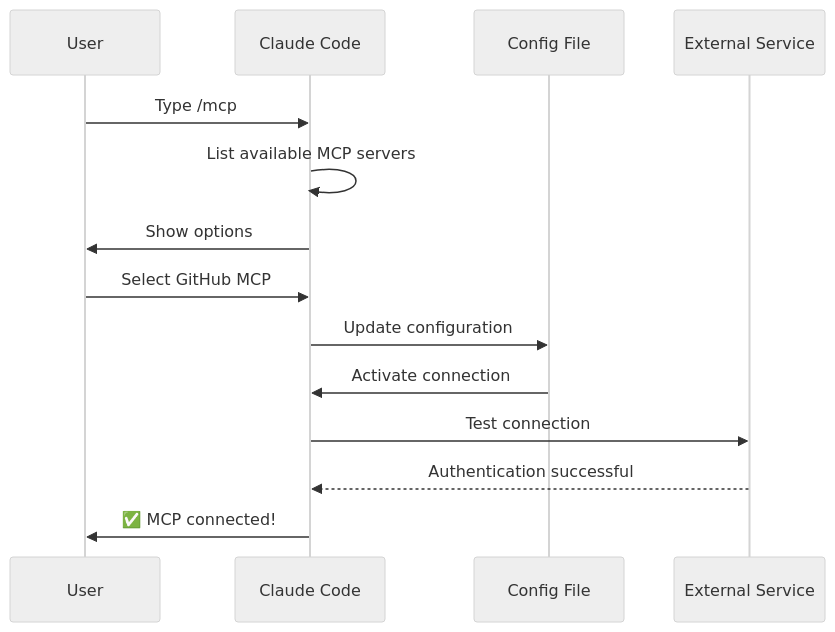
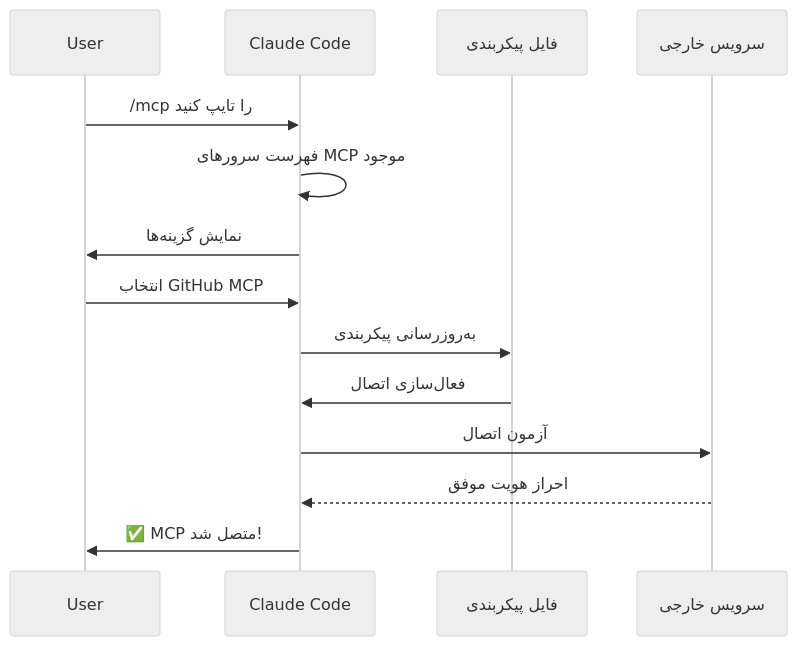
The third of 7 diagrams in fa/05-mcp/README.md (hassanbht/claude-howto), drawn with Mermaid (neutral theme) before and after one commit. The commit also changed other lines of this file and 53 other files, not shown here.

````diff
--- a/fa/05-mcp/README.md
+++ b/fa/05-mcp/README.md
@@ -237,17 +237,17 @@
 ```mermaid
 sequenceDiagram
     participant User
     participant Claude as Claude Code
-    participant Config as Config File
-    participant Service as External Service
+    participant Config as فایل پیکربندی
+    participant Service as سرویس خارجی
 
-    User->>Claude: Type /mcp
-    Claude->>Claude: List available MCP servers
-    Claude->>User: Show options
-    User->>Claude: Select GitHub MCP
-    Claude->>Config: Update configuration
-    Config->>Claude: Activate connection
-    Claude->>Service: Test connection
-    Service-->>Claude: Authentication successful
-    Claude->>User: ✅ MCP connected!
+    User->>Claude: /mcp را تایپ کنید
+    Claude->>Claude: فهرست سرورهای MCP موجود
+    Claude->>User: نمایش گزینه‌ها
+    User->>Claude: انتخاب GitHub MCP
+    Claude->>Config: به‌روزرسانی پیکربندی
+    Config->>Claude: فعال‌سازی اتصال
+    Claude->>Service: آزمون اتصال
+    Service-->>Claude: احراز هویت موفق
+    Claude->>User: ✅ MCP متصل شد!
 ```
````
